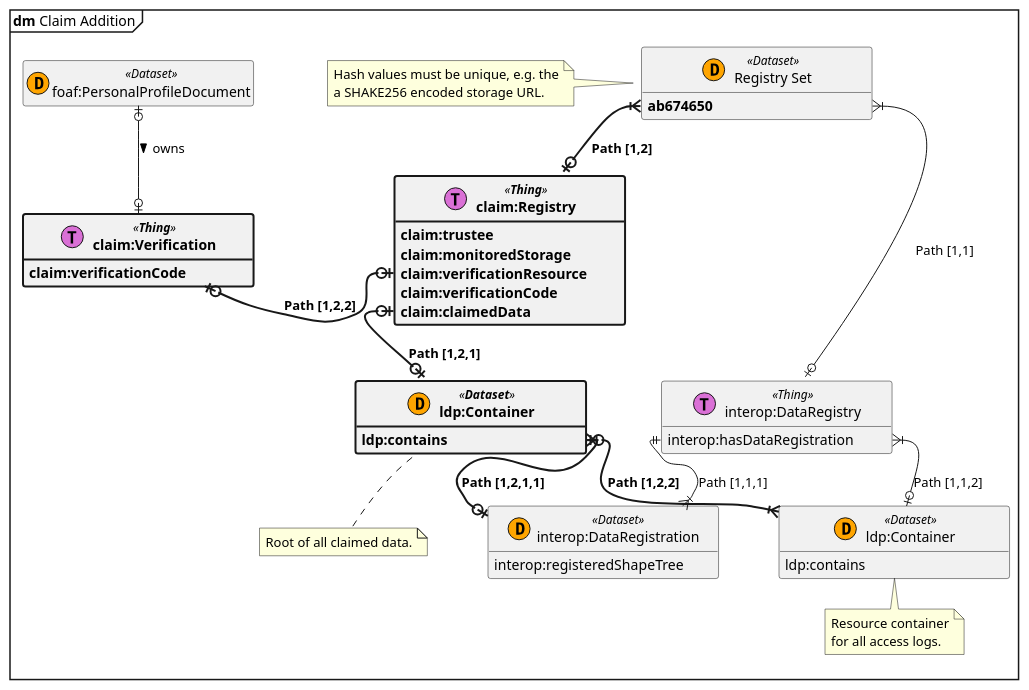
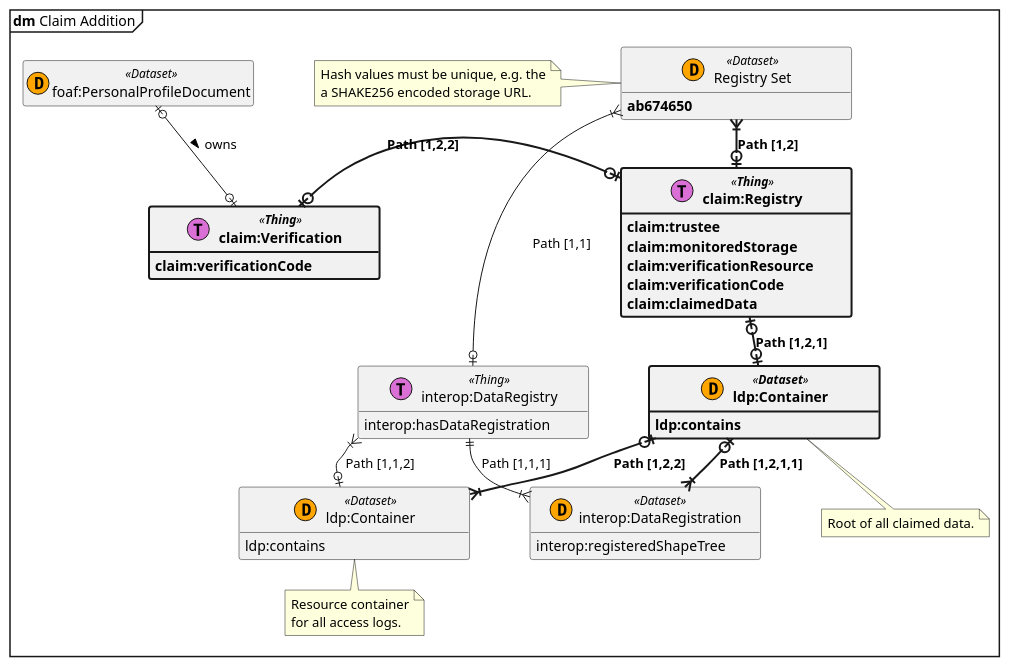
One commit to guddii/SEACT changed the diagram in docs/resources/diagrams/dm_Claim.puml. Above: the diagram before and after it, drawn with PlantUML. The commit also changed 7557 other files, not shown here.

```diff
--- a/docs/resources/diagrams/dm_Claim.puml
+++ b/docs/resources/diagrams/dm_Claim.puml
@@ -1,52 +1,52 @@
 @startuml
 top to bottom direction
 hide empty members
 skinparam nodesep 60
 skinparam ranksep 30
 skinparam SameClassWidth true
 
 mainframe **dm** Claim Addition
 
 entity  "foaf:PersonalProfileDocument" as WebID_Client << (D,orange) Dataset >> {
 }
 entity "**claim:Verification**" as Verification << (T,orchid) **Thing** >> #line.bold  {
     **claim:verificationCode**
 }
 
 entity "Registry Set" as RegistrySet << (D,orange) Dataset >> {
     **ab674650**
 }
 note left: Hash values must be unique, e.g. the\na SHAKE256 encoded storage URL.
 entity "interop:DataRegistry" as DataRegistry << (T,orchid) Thing >> {
     interop:hasDataRegistration
 }
 entity "**claim:Registry**" as ClaimRegistry << (T,orchid) **Thing** >> #line.bold {
     **claim:trustee**
     **claim:monitoredStorage**
     **claim:verificationResource**
     **claim:verificationCode**
     **claim:claimedData**
 }
 entity "**ldp:Container**" as Container1 << (D,orange) **Dataset** >> #line.bold {
    **ldp:contains**
 }
 note bottom: Root of all claimed data.
 entity "interop:DataRegistration" as DataRegistration << (D,orange) Dataset >> {
     interop:registeredShapeTree
 }
 entity "ldp:Container" as Container2 << (D,orange) Dataset >> {
     ldp:contains
 }
 note bottom: Resource container\nfor all access logs.
 
-WebID_Client                            |o-down-o|          Verification                : > owns
-RegistrySet::ab674650                   }|-down-o|          DataRegistry                : Path [1,1]
-DataRegistry::hasDataRegistration       ||-down-|{          DataRegistration            : Path [1,1,1]
-DataRegistry::hasDataRegistration       }|-down-o|          Container2                  : Path [1,1,2]
-RegistrySet::ab674650                   }|-down[bold]-o|    ClaimRegistry               : **Path [1,2]**
-ClaimRegistry::claimedData              |o-down[bold]-o|    Container1                  : **Path [1,2,1]**
-Container1::contains                    |o-down[bold]-|{    DataRegistration            : **Path [1,2,1,1]**
-Container1::contains                    |o-down[bold]-|{    Container2                  : **Path [1,2,2]**
-ClaimRegistry::verificationResource     |o-left[bold]-o|    Verification                : **Path [1,2,2]**
+WebID_Client    |o-down-o|          Verification                : > owns
+RegistrySet     }|-down-o|          DataRegistry                : Path [1,1]
+DataRegistry    ||-down-|{          DataRegistration            : Path [1,1,1]
+DataRegistry    }|-down-o|          Container2                  : Path [1,1,2]
+RegistrySet     }|-down[bold]-o|    ClaimRegistry               : **Path [1,2]**
+ClaimRegistry   |o-down[bold]-o|    Container1                  : **Path [1,2,1]**
+Container1      |o-down[bold]-|{    DataRegistration            : **Path [1,2,1,1]**
+Container1      |o-down[bold]-|{    Container2                  : **Path [1,2,2]**
+ClaimRegistry   |o-left[bold]-o|    Verification                : **Path [1,2,2]**
 
 @enduml
```
